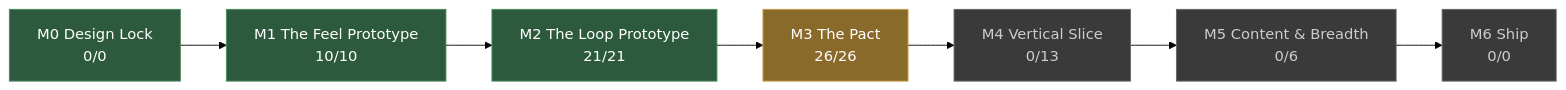
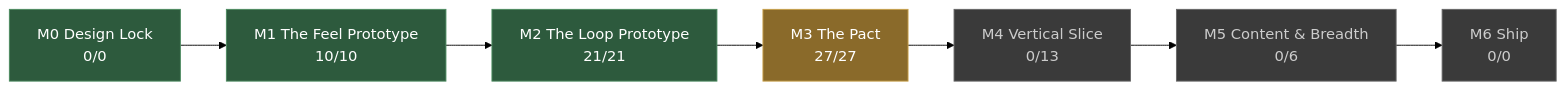
The diagram in docs/STATUS.md (JoshuaGessner/she), drawn with Mermaid (forest theme) before and after one commit. The commit also changed other lines of this file and 8 other files, not shown here.

````diff
--- a/docs/STATUS.md
+++ b/docs/STATUS.md
@@ -13,19 +13,19 @@
 ```mermaid
 flowchart LR
   M0["M0 Design Lock<br/>0/0"]:::passed
   M1["M1 The Feel Prototype<br/>10/10"]:::passed
   M0 --> M1
   M2["M2 The Loop Prototype<br/>21/21"]:::passed
   M1 --> M2
-  M3["M3 The Pact<br/>26/26"]:::current
+  M3["M3 The Pact<br/>27/27"]:::current
   M2 --> M3
   M4["M4 Vertical Slice<br/>0/13"]:::ahead
   M3 --> M4
   M5["M5 Content & Breadth<br/>0/6"]:::ahead
   M4 --> M5
   M6["M6 Ship<br/>0/0"]:::ahead
   M5 --> M6
   classDef passed fill:#2d5a3d,stroke:#4a8a5f,color:#fff
   classDef current fill:#8a6a2a,stroke:#c8a04a,color:#fff
   classDef ahead fill:#3a3a3a,stroke:#666,color:#ccc
 ```
````
